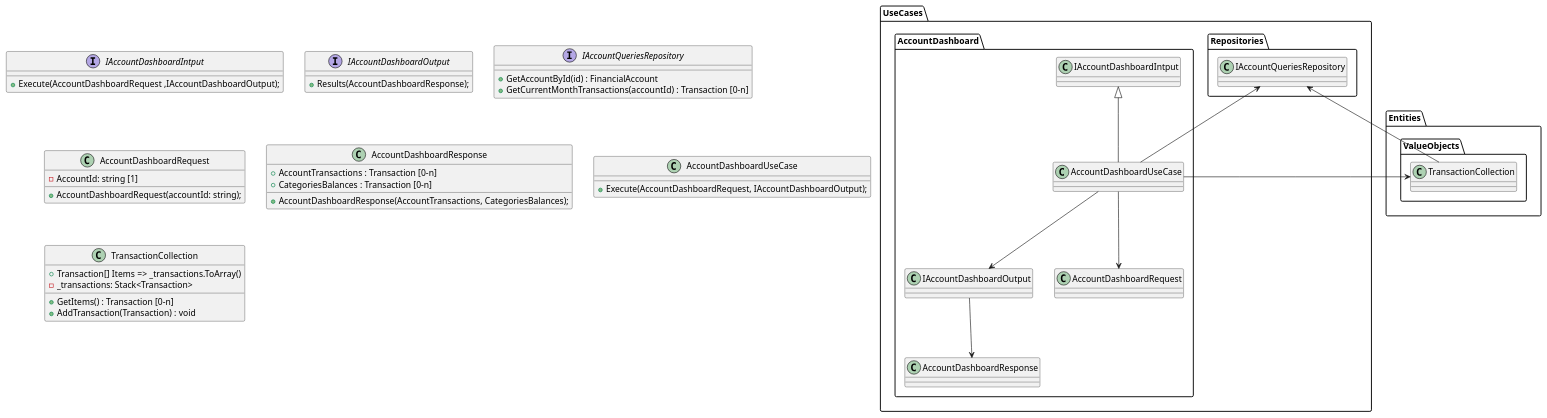
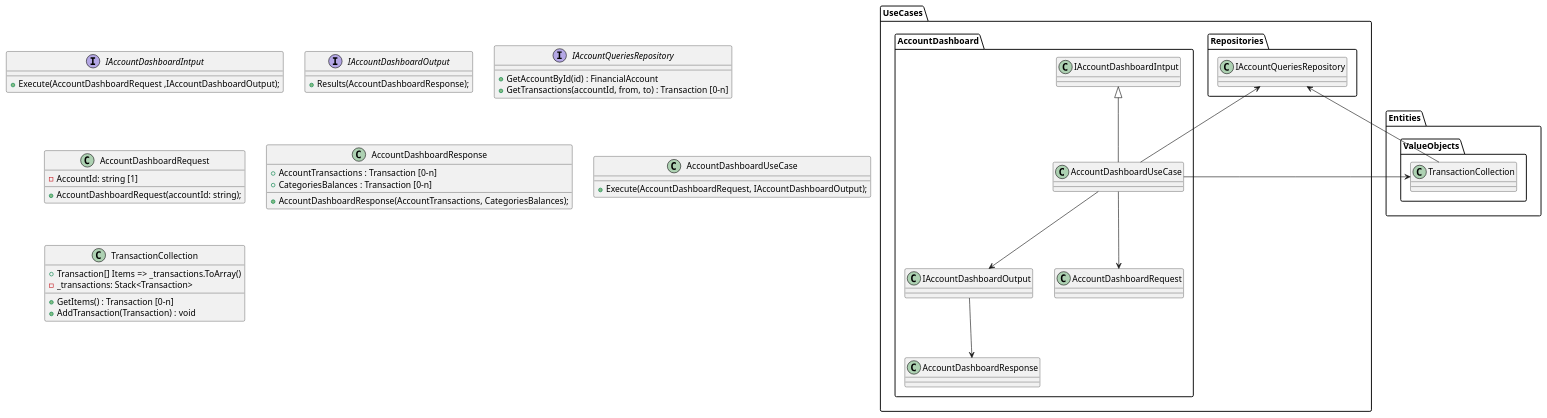
Before and after one commit to xChiro/KalanMyMoney: the diagram in Documents/UseCases/AccountDashboard/AccountDashboard.plantuml, drawn with PlantUML. The commit also changed 7 other files, not shown here.

```diff
--- a/Documents/UseCases/AccountDashboard/AccountDashboard.plantuml
+++ b/Documents/UseCases/AccountDashboard/AccountDashboard.plantuml
@@ -1,55 +1,55 @@
 @startuml Open fork
 
 package "UseCases.AccountDashboard" {
     AccountDashboardUseCase --> IAccountDashboardOutput
     IAccountDashboardIntput <|-- AccountDashboardUseCase
     IAccountDashboardOutput --> AccountDashboardResponse
     AccountDashboardUseCase --> AccountDashboardRequest
 }
 
 package "Entities.ValueObjects" {
     TransactionCollection <-- AccountDashboardUseCase
 }
 
 package "UseCases.Repositories" {
     IAccountQueriesRepository <-- AccountDashboardUseCase
     IAccountQueriesRepository <-- TransactionCollection
 }
 
 interface IAccountDashboardIntput {
     {method} + Execute(AccountDashboardRequest ,IAccountDashboardOutput);
 }
 
 interface IAccountDashboardOutput {
     {method} + Results(AccountDashboardResponse);
 }
 
 interface IAccountQueriesRepository {
     {method} + GetAccountById(id) : FinancialAccount
-    {method} + GetCurrentMonthTransactions(accountId) : Transaction [0-n]
+    {method} + GetTransactions(accountId, from, to) : Transaction [0-n]
 }
 class AccountDashboardRequest {
     {field} - AccountId: string [1]
 
     {method} + AccountDashboardRequest(accountId: string);
 }
 class AccountDashboardResponse {
     {field} + AccountTransactions : Transaction [0-n]
     {field} + CategoriesBalances : Transaction [0-n]
 
     {method} + AccountDashboardResponse(AccountTransactions, CategoriesBalances);
 }
 
 class AccountDashboardUseCase {
     {method} + Execute(AccountDashboardRequest, IAccountDashboardOutput);
 }
 
 class TransactionCollection {
     {field} + Transaction[] Items => _transactions.ToArray()
     {field} - _transactions: Stack<Transaction>
 
     {method} + GetItems() : Transaction [0-n]
     {method} + AddTransaction(Transaction) : void
 }
 
 @enduml
```
